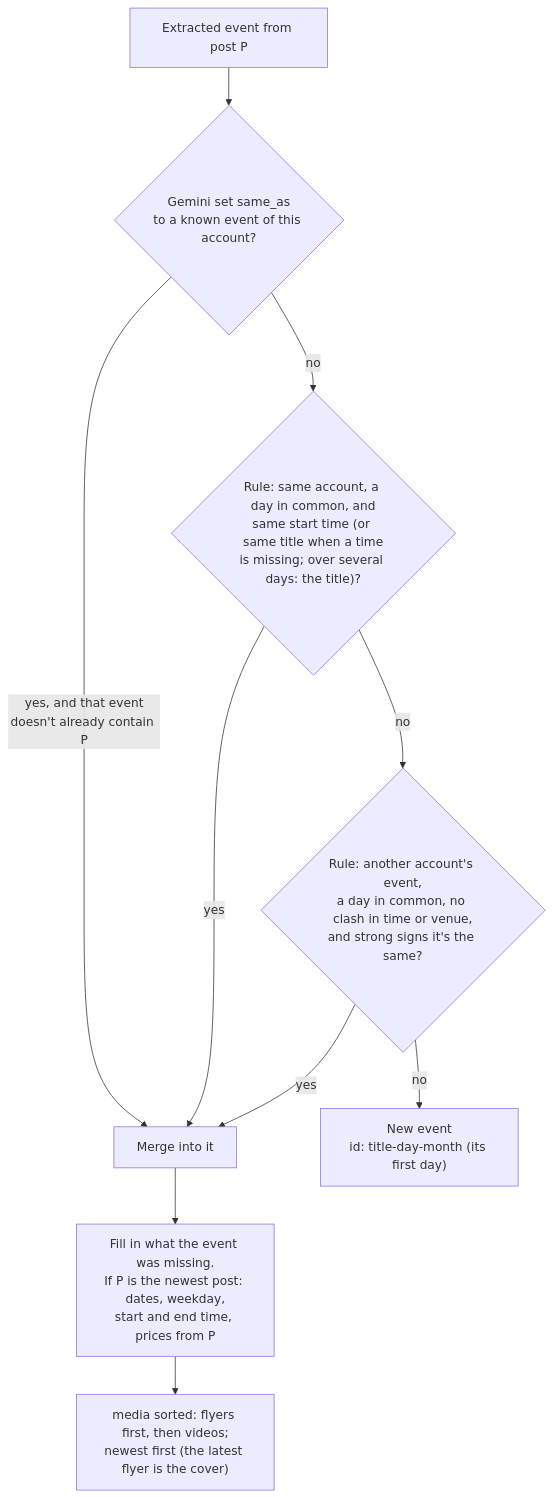
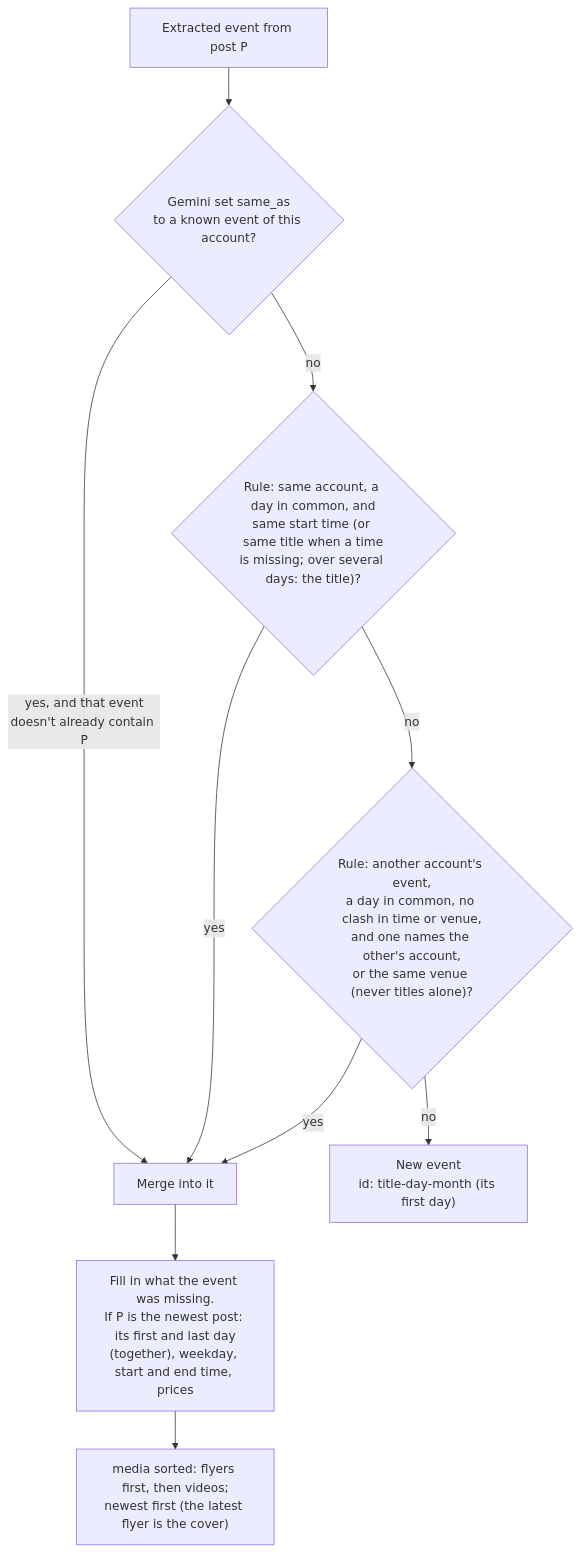
The sixth of 12 diagrams in docs/ARCHITECTURE.md (pa-bailar/backend), drawn with Mermaid before and after one commit. The commit also changed other lines of this file and 1 other file, not shown here.

Commit message:
docs: cross-account merging, day ranges, Gemini timeouts, triage quota, the state save after the data PR

````diff
--- a/docs/ARCHITECTURE.md
+++ b/docs/ARCHITECTURE.md
@@ -583,12 +600,12 @@
 ```mermaid
 flowchart TD
     C["Extracted event from post P"] --> L{"Gemini set same_as<br/>to a known event of this account?"}
     L -->|"yes, and that event<br/>doesn't already contain P"| MERGE["Merge into it"]
     L -->|no| RULE{"Rule: same account, a day in common, and<br/>same start time (or same title when a time<br/>is missing; over several days: the title)?"}
     RULE -->|yes| MERGE
-    RULE -->|no| SHARED{"Rule: another account's event,<br/>a day in common, no clash in time or venue,<br/>and strong signs it's the same?"}
+    RULE -->|no| SHARED{"Rule: another account's event,<br/>a day in common, no clash in time or venue,<br/>and one names the other's account,<br/>or the same venue (never titles alone)?"}
     SHARED -->|yes| MERGE
     SHARED -->|no| NEW["New event<br/>id: title-day-month (its first day)"]
-    MERGE --> F["Fill in what the event was missing.<br/>If P is the newest post: dates, weekday,<br/>start and end time, prices from P"]
+    MERGE --> F["Fill in what the event was missing.<br/>If P is the newest post: its first and last day<br/>(together), weekday, start and end time, prices"]
     F --> O["media sorted: flyers first, then videos;<br/>newest first (the latest flyer is the cover)"]
 ```
````
